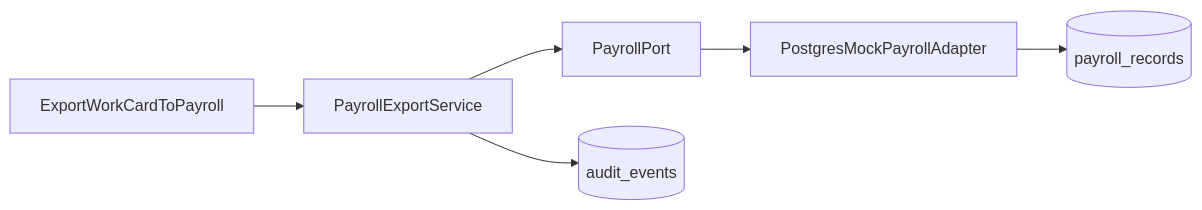
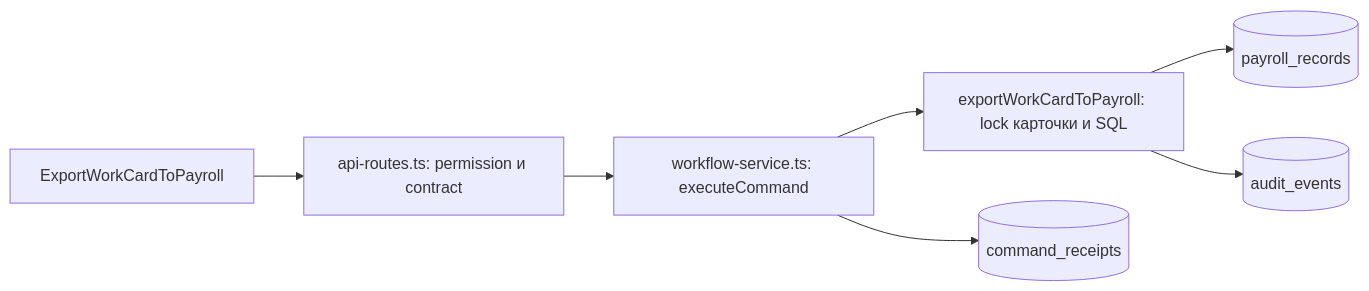
The diagram in WorkCard-Lifecycle/docs/architecture/mock-integrations.md (AI-shoks/WorkCard-Lifecycle), drawn with Mermaid before and after one commit. The commit also changed other lines of this file and 50 other files, not shown here.

````diff
--- a/WorkCard-Lifecycle/docs/architecture/mock-integrations.md
+++ b/WorkCard-Lifecycle/docs/architecture/mock-integrations.md
@@ -15,8 +15,9 @@
 ```mermaid
 flowchart LR
-    Command[ExportWorkCardToPayroll] --> Service[PayrollExportService]
-    Service --> Port[PayrollPort]
-    Port --> Mock[PostgresMockPayrollAdapter]
-    Mock --> Record[(payroll_records)]
+    Command[ExportWorkCardToPayroll] --> Route[api-routes.ts: permission и contract]
+    Route --> Executor[workflow-service.ts: executeCommand]
+    Executor --> Service[exportWorkCardToPayroll: lock карточки и SQL]
+    Service --> Record[(payroll_records)]
     Service --> Audit[(audit_events)]
+    Executor --> Receipt[(command_receipts)]
 ```
````
